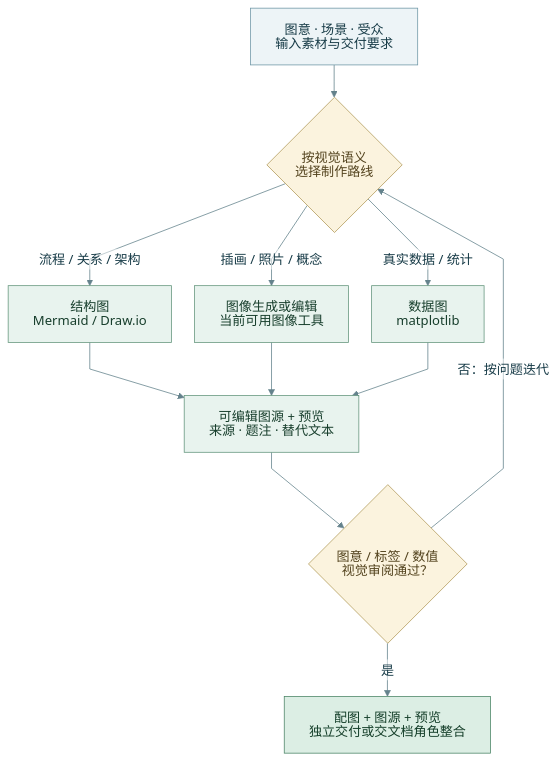
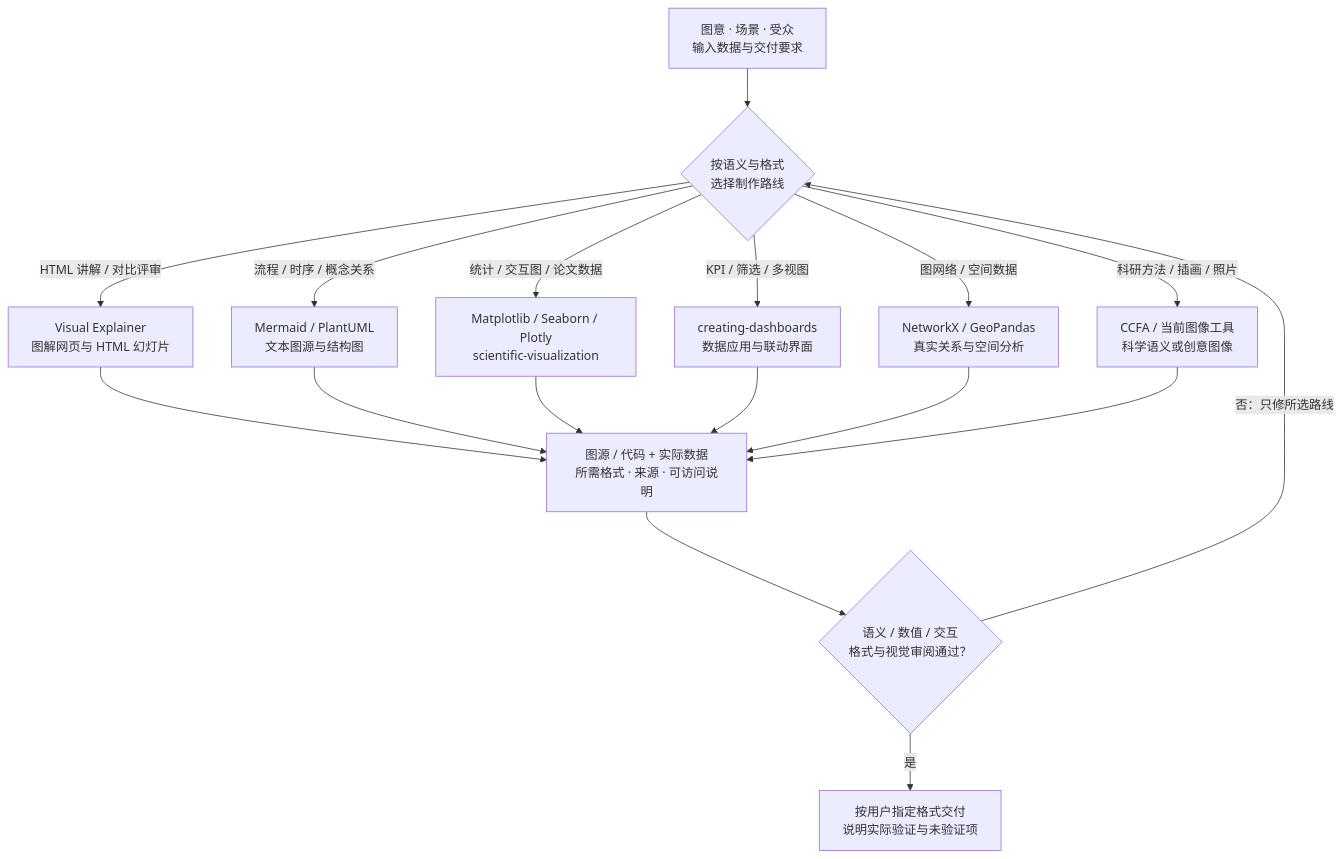
The diagram in mine/omnidraw/assets/workflow.mmd (rinbarpen/vibe-vibe), drawn with Mermaid before and after one commit. The commit also changed 25 other files, not shown here.

```diff
--- a/mine/omnidraw/assets/workflow.mmd
+++ b/mine/omnidraw/assets/workflow.mmd
@@ -1,44 +1,17 @@
----
-config:
-  theme: base
-  htmlLabels: false
-  securityLevel: strict
-  fontFamily: 'Noto Sans CJK SC, sans-serif'
-  themeVariables:
-    fontFamily: 'Noto Sans CJK SC, sans-serif'
-    fontSize: 17px
-    background: '#ffffff'
-    primaryColor: '#EAF3F5'
-    primaryTextColor: '#173B47'
-    primaryBorderColor: '#6794A0'
-    lineColor: '#64828C'
-    edgeLabelBackground: '#ffffff'
-  flowchart:
-    htmlLabels: false
-    wrappingWidth: 240
-    curve: linear
-    nodeSpacing: 30
-    rankSpacing: 42
-    padding: 16
-    useMaxWidth: false
----
-%% Omnidraw -> local mermaid sub-skill. Route by image meaning and real inputs.
 flowchart TD
-    A["图意 · 场景 · 受众<br/>输入素材与交付要求"] --> B{"按视觉语义<br/>选择制作路线"}
-    B -->|流程 / 关系 / 架构| C["结构图<br/>Mermaid / Draw.io"]
-    B -->|插画 / 照片 / 概念| D["图像生成或编辑<br/>当前可用图像工具"]
-    B -->|真实数据 / 统计| E["数据图<br/>matplotlib"]
-    C --> F["可编辑图源 + 预览<br/>来源 · 题注 · 替代文本"]
+    A["图意 · 场景 · 受众<br/>输入数据与交付要求"] --> B{"按语义与格式<br/>选择制作路线"}
+    B -->|HTML 讲解 / 对比评审| C["Visual Explainer<br/>图解网页与 HTML 幻灯片"]
+    B -->|流程 / 时序 / 概念关系| D["Mermaid / PlantUML<br/>文本图源与结构图"]
+    B -->|统计 / 交互图 / 论文数据| E["Matplotlib / Seaborn / Plotly<br/>scientific-visualization"]
+    B -->|KPI / 筛选 / 多视图| I["creating-dashboards<br/>数据应用与联动界面"]
+    B -->|图网络 / 空间数据| J["NetworkX / GeoPandas<br/>真实关系与空间分析"]
+    B -->|科研方法 / 插画 / 照片| K["CCFA / 当前图像工具<br/>科学语义或创意图像"]
+    C --> F["图源 / 代码 + 实际数据<br/>所需格式 · 来源 · 可访问说明"]
     D --> F
     E --> F
-    F --> G{"图意 / 标签 / 数值<br/>视觉审阅通过？"}
-    G -->|否：按问题迭代| B
-    G -->|是| H["配图 + 图源 + 预览<br/>独立交付或交文档角色整合"]
-    classDef input fill:#EDF4F7,stroke:#6E97A6,color:#173B47;
-    classDef maker fill:#E8F3EE,stroke:#64957D,color:#173E2C;
-    classDef gate fill:#FBF3DE,stroke:#B29A59,color:#52421D;
-    classDef done fill:#DCEEE4,stroke:#4C8467,color:#143E29;
-    class A input;
-    class C,D,E,F maker;
-    class B,G gate;
-    class H done;
+    I --> F
+    J --> F
+    K --> F
+    F --> G{"语义 / 数值 / 交互<br/>格式与视觉审阅通过？"}
+    G -->|否：只修所选路线| B
+    G -->|是| H["按用户指定格式交付<br/>说明实际验证与未验证项"]
```
